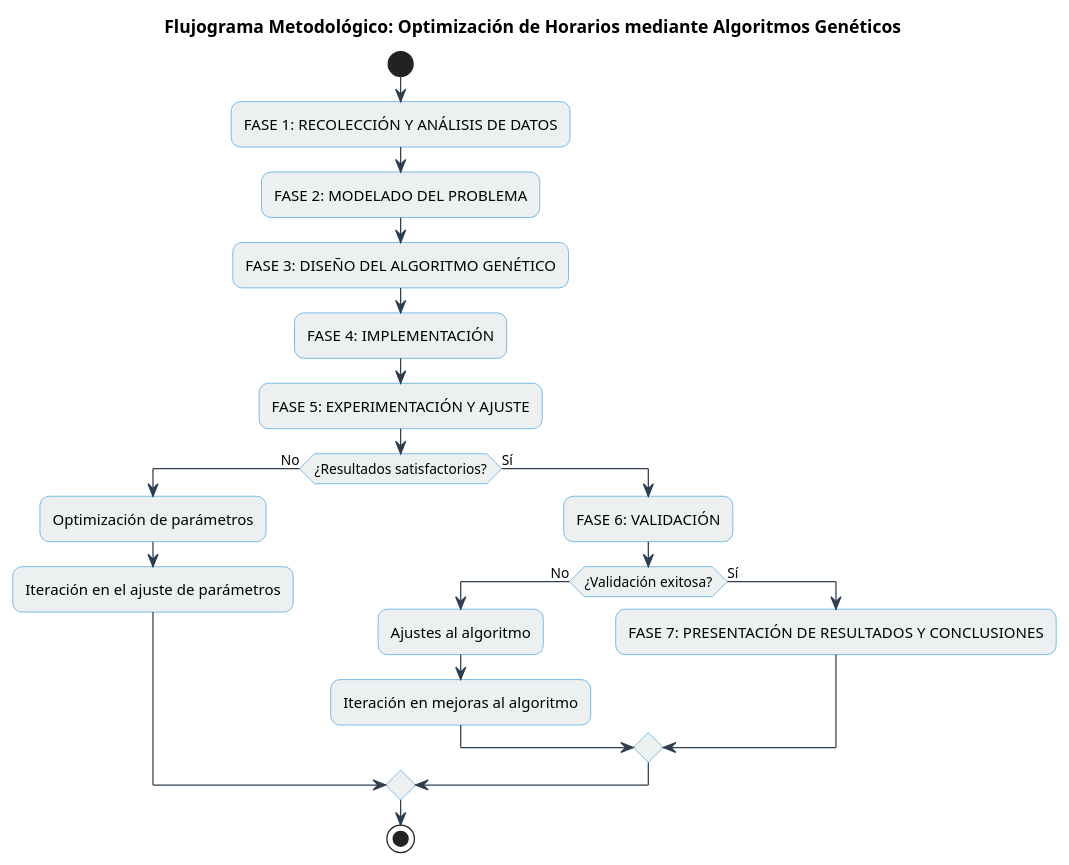
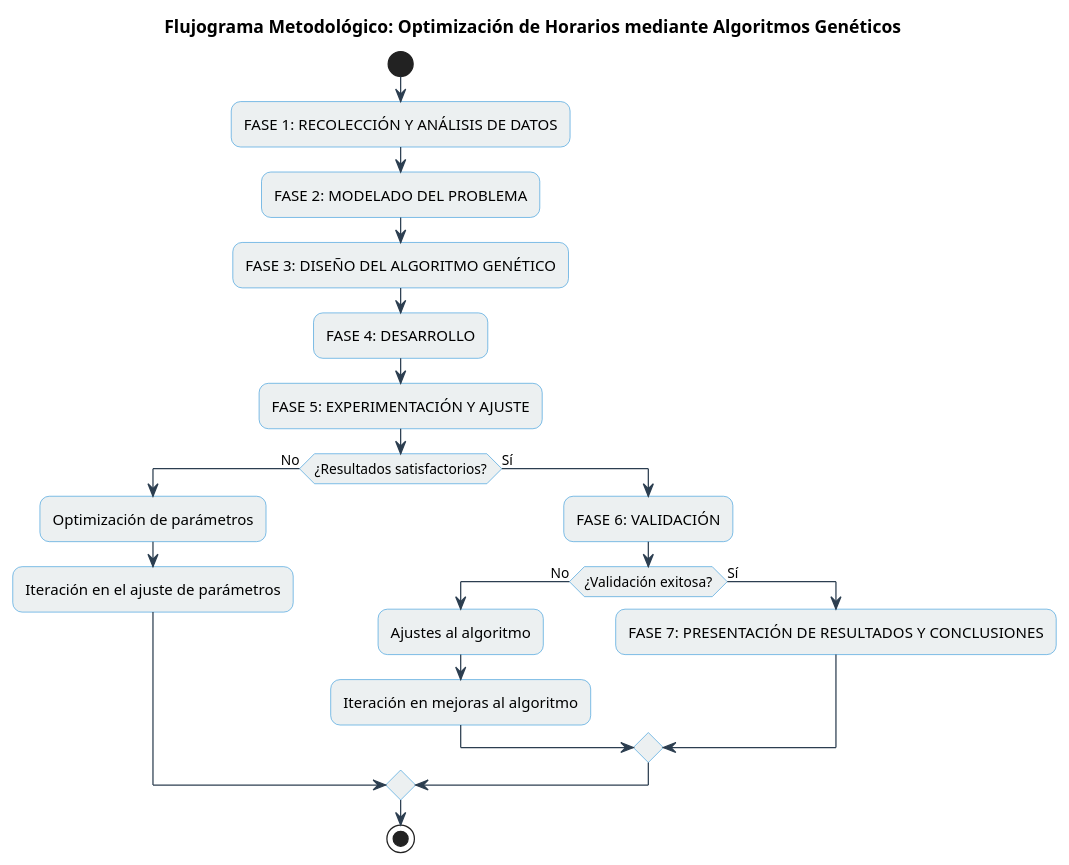
Before and after one commit to AndrewHerrada/Timetabling: the diagram in Figures/flujo_trabajo.plantuml, drawn with PlantUML. The commit also changed 1 other file, not shown here.

```diff
--- a/Figures/flujo_trabajo.plantuml
+++ b/Figures/flujo_trabajo.plantuml
@@ -1,41 +1,41 @@
 @startuml
 skinparam backgroundColor white
 skinparam roundCorner 15
 skinparam arrowColor #2c3e50
 skinparam activityBorderColor #3498db
 skinparam activityBackgroundColor #ecf0f1
 
 title Flujograma Metodológico: Optimización de Horarios mediante Algoritmos Genéticos
 
 start
 
 :FASE 1: RECOLECCIÓN Y ANÁLISIS DE DATOS;
 
 :FASE 2: MODELADO DEL PROBLEMA;
 
 
 :FASE 3: DISEÑO DEL ALGORITMO GENÉTICO;
 
 
-:FASE 4: IMPLEMENTACIÓN;
+:FASE 4: DESARROLLO;
 
 
 :FASE 5: EXPERIMENTACIÓN Y AJUSTE;
 
 if (¿Resultados satisfactorios?) then (No)
   :Optimización de parámetros;
   :Iteración en el ajuste de parámetros;
 else (Sí)
   :FASE 6: VALIDACIÓN;
 
   if (¿Validación exitosa?) then (No)
     :Ajustes al algoritmo;
     :Iteración en mejoras al algoritmo;
   else (Sí)
     :FASE 7: PRESENTACIÓN DE RESULTADOS Y CONCLUSIONES;
 
   endif
 endif
 
 stop
 @enduml
```
